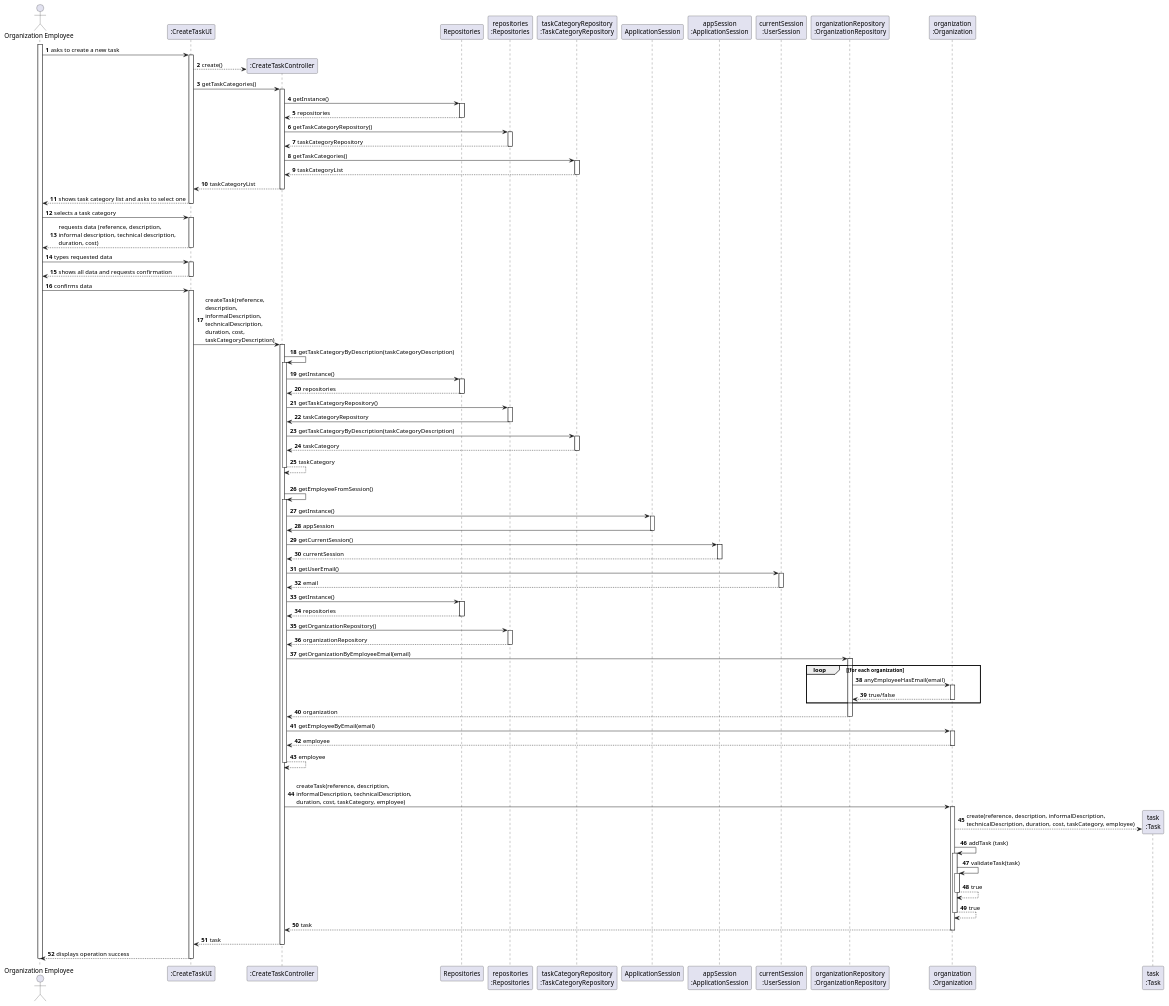
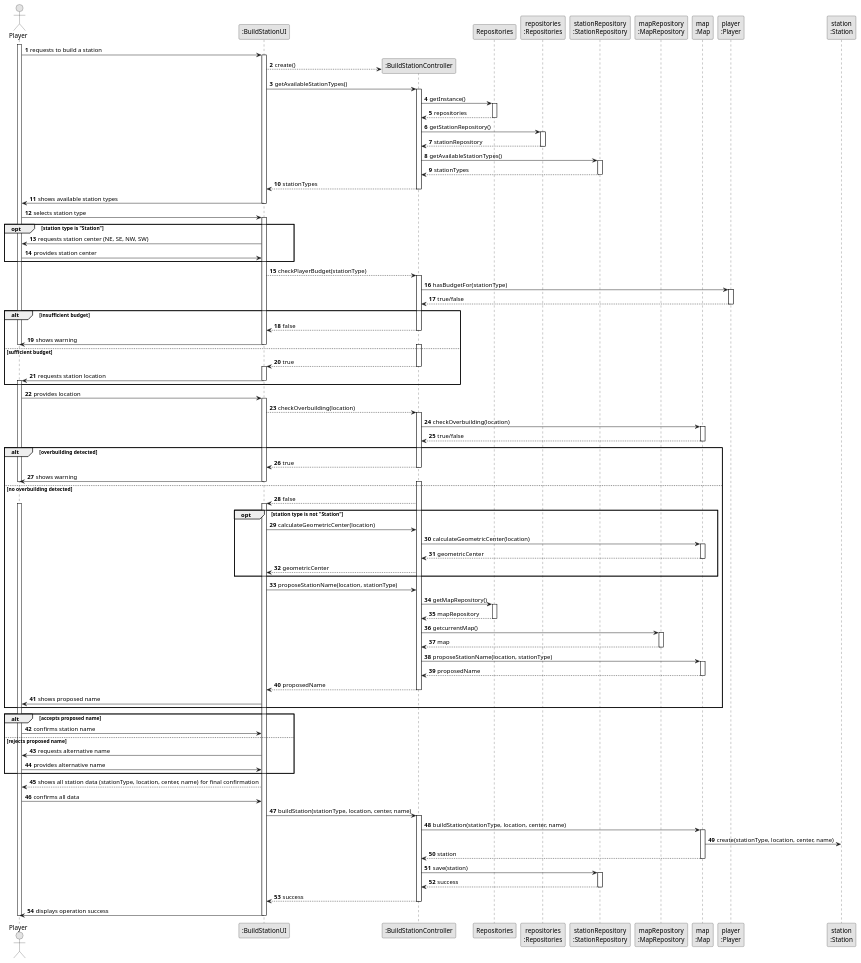
Before and after one commit to Educ00/mdisc-2425: the diagram in docs/system-documentation/sprint 2/US05/03.design/puml/US05-SD-full.puml, drawn with PlantUML. The commit also changed 8 other files, not shown here.

Commit message:
First version of US05 Design after long work. Tomorrow still a lot of revisions to be done, specially to the system flow on the overbuild and the other verifications.

```diff
--- a/docs/system-documentation/sprint 2/US05/03.design/puml/US05-SD-full.puml
+++ b/docs/system-documentation/sprint 2/US05/03.design/puml/US05-SD-full.puml
@@ -1,157 +1,179 @@
 @startuml
-'skinparam monochrome true
+skinparam monochrome true
 skinparam packageStyle rectangle
 skinparam shadowing false
 
 autonumber
 
-'hide footbox
-actor "Organization Employee" as ORG_EMPLOYEE
-participant ":CreateTaskUI" as UI
-participant ":CreateTaskController" as CTRL
+actor "Player" as PLAYER_ACTOR
+participant ":BuildStationUI" as UI
+participant ":BuildStationController" as CTRL
 participant "Repositories" as REPOS
 participant "repositories\n:Repositories" as REPOS_SINGLETON
-participant "taskCategoryRepository\n:TaskCategoryRepository" as TASK_CAT_REPO
-participant "ApplicationSession" as APP_SESSION
-participant "appSession\n:ApplicationSession" as APP_SESSION_SINGLETON
-participant "currentSession\n:UserSession" as CURRENT_SESSION
-participant "organizationRepository\n:OrganizationRepository" as ORG_REPO
-participant "organization\n:Organization" as ORG
-participant "task\n:Task" as TASK
+participant "stationRepository\n:StationRepository" as STATION_REPO
+participant "mapRepository\n:MapRepository" as MAP_REPO
+participant "map\n:Map" as MAP
+participant "player\n:Player" as PLAYER
+participant "station\n:Station" as STATION
 
-activate ORG_EMPLOYEE
+activate PLAYER_ACTOR
 
-        ORG_EMPLOYEE -> UI : asks to create a new task
-        activate UI
-            UI --> CTRL** : create()
+PLAYER_ACTOR -> UI : requests to build a station
+activate UI
 
-            UI -> CTRL : getTaskCategories()
-            activate CTRL
-                CTRL -> REPOS : getInstance()
-                activate REPOS
-                    REPOS --> CTRL: repositories
-                deactivate REPOS
+UI --> CTRL ** : create()
 
-                CTRL -> REPOS_SINGLETON : getTaskCategoryRepository()
-                activate REPOS_SINGLETON
-                    REPOS_SINGLETON --> CTRL: taskCategoryRepository
-                deactivate REPOS_SINGLETON
+UI -> CTRL : getAvailableStationTypes()
 
-                CTRL -> TASK_CAT_REPO : getTaskCategories()
-                activate TASK_CAT_REPO
-                    TASK_CAT_REPO --> CTRL : taskCategoryList
-                deactivate TASK_CAT_REPO
+activate CTRL
+CTRL -> REPOS : getInstance()
+activate REPOS
+REPOS --> CTRL : repositories
+deactivate REPOS
 
-                CTRL --> UI : taskCategoryList
-            deactivate CTRL
+CTRL -> REPOS_SINGLETON : getStationRepository()
+activate REPOS_SINGLETON
+REPOS_SINGLETON --> CTRL : stationRepository
+deactivate REPOS_SINGLETON
 
-            UI --> ORG_EMPLOYEE : shows task category list and asks to select one
-        deactivate UI
+CTRL -> STATION_REPO : getAvailableStationTypes()
+activate STATION_REPO
+STATION_REPO --> CTRL : stationTypes
+deactivate STATION_REPO
 
-    ORG_EMPLOYEE -> UI : selects a task category
+CTRL --> UI : stationTypes
+deactivate CTRL
+
+UI -> PLAYER_ACTOR : shows available station types
+deactivate UI
+
+PLAYER_ACTOR -> UI : selects station type
+activate UI
+
+
+opt station type is "Station"
+    UI -> PLAYER_ACTOR : requests station center (NE, SE, NW, SW)
+    PLAYER_ACTOR -> UI : provides station center
+end
+
+UI --> CTRL : checkPlayerBudget(stationType)
+activate CTRL
+
+CTRL -> PLAYER : hasBudgetFor(stationType)
+activate PLAYER
+
+PLAYER --> CTRL : true/false
+deactivate PLAYER
+
+alt insufficient budget
+    CTRL --> UI : false
+    deactivate CTRL
+    UI -> PLAYER_ACTOR : shows warning
+    deactivate UI
+    deactivate PLAYER_ACTOR
+    else sufficient budget
+    activate CTRL
+
+    CTRL --> UI : true
+    deactivate CTRL
     activate UI
-        UI --> ORG_EMPLOYEE : requests data (reference, description, \ninformal description, technical description,\nduration, cost)
+    UI -> PLAYER_ACTOR : requests station location
     deactivate UI
+    activate PLAYER_ACTOR
+end
 
-    ORG_EMPLOYEE -> UI : types requested data
+PLAYER_ACTOR -> UI : provides location
+activate UI
+
+
+UI --> CTRL : checkOverbuilding(location)
+activate CTRL
+
+CTRL -> MAP : checkOverbuilding(location)
+activate MAP
+
+MAP --> CTRL : true/false
+deactivate MAP
+
+alt overbuilding detected
+    CTRL --> UI : true
+    deactivate CTRL
+    UI -> PLAYER_ACTOR : shows warning
+    deactivate UI
+    deactivate PLAYER_ACTOR
+
+else no overbuilding detected
+    activate CTRL
+
+    CTRL --> UI : false
     activate UI
-        UI --> ORG_EMPLOYEE : shows all data and requests confirmation
-    deactivate UI
+    activate PLAYER_ACTOR
 
-    ORG_EMPLOYEE -> UI : confirms data
-    activate UI
-        UI -> CTRL : createTask(reference,\ndescription,\ninformalDescription,\ntechnicalDescription,\nduration, cost,\ntaskCategoryDescription)
-        activate CTRL
-            CTRL -> CTRL : getTaskCategoryByDescription(taskCategoryDescription)
-            activate CTRL
-                CTRL -> REPOS : getInstance()
-                activate REPOS
-                    REPOS --> CTRL: repositories
-                deactivate REPOS
+opt station type is not "Station"
+    UI -> CTRL : calculateGeometricCenter(location)
+    CTRL -> MAP : calculateGeometricCenter(location)
+    activate MAP
+    MAP --> CTRL : geometricCenter
+    deactivate MAP
+    CTRL --> UI : geometricCenter
+end
 
-                CTRL -> REPOS_SINGLETON : getTaskCategoryRepository()
-                activate REPOS_SINGLETON
-                    REPOS_SINGLETON -> CTRL : taskCategoryRepository
-                deactivate REPOS_SINGLETON
+UI -> CTRL : proposeStationName(location, stationType)
 
-                CTRL -> TASK_CAT_REPO : getTaskCategoryByDescription(taskCategoryDescription)
-                activate TASK_CAT_REPO
-                    TASK_CAT_REPO --> CTRL : taskCategory
-                deactivate TASK_CAT_REPO
-                    CTRL --> CTRL : taskCategory
-            deactivate CTRL
+CTRL -> REPOS : getMapRepository()
+activate REPOS
+REPOS --> CTRL : mapRepository
+deactivate REPOS
 
-            |||
-            CTRL -> CTRL : getEmployeeFromSession()
-            activate CTRL
-                CTRL -> APP_SESSION: getInstance()
-                activate APP_SESSION
-                    APP_SESSION -> CTRL: appSession
-                deactivate APP_SESSION
+CTRL -> MAP_REPO : getcurrentMap()
+activate MAP_REPO
 
-                CTRL -> APP_SESSION_SINGLETON: getCurrentSession()
-                activate APP_SESSION_SINGLETON
-                    APP_SESSION_SINGLETON --> CTRL: currentSession
-                deactivate APP_SESSION_SINGLETON
+MAP_REPO --> CTRL : map
+deactivate MAP_REPO
 
-                CTRL -> CURRENT_SESSION: getUserEmail()
-                activate CURRENT_SESSION
-                    CURRENT_SESSION --> CTRL: email
-                deactivate CURRENT_SESSION
+CTRL -> MAP : proposeStationName(location, stationType)
+activate MAP
 
-                CTRL -> REPOS : getInstance()
-                activate REPOS
-                    REPOS --> CTRL: repositories
-                deactivate REPOS
+MAP --> CTRL : proposedName
+deactivate MAP
 
-                CTRL -> REPOS_SINGLETON: getOrganizationRepository()
-                activate REPOS_SINGLETON
-                    REPOS_SINGLETON --> CTRL: organizationRepository
-                deactivate REPOS_SINGLETON
+CTRL --> UI : proposedName
+deactivate CTRL
 
-                CTRL -> ORG_REPO: getOrganizationByEmployeeEmail(email)
-                activate ORG_REPO
+UI -> PLAYER_ACTOR : shows proposed name
 
-                    loop [for each organization
-                        ORG_REPO -> ORG : anyEmployeeHasEmail(email)
-                        activate ORG
-                             ORG --> ORG_REPO : true/false
-                        deactivate ORG
-                    end
-                    ORG_REPO --> CTRL : organization
-                deactivate ORG_REPO
+end
 
-                CTRL -> ORG: getEmployeeByEmail(email)
-                activate ORG
-                    ORG --> CTRL : employee
-                deactivate ORG
+alt accepts proposed name
+    PLAYER_ACTOR -> UI : confirms station name
+else rejects proposed name
+    UI -> PLAYER_ACTOR : requests alternative name
+    PLAYER_ACTOR -> UI : provides alternative name
+end
 
-                CTRL --> CTRL : employee
-            deactivate CTRL
+UI --> PLAYER_ACTOR : shows all station data (stationType, location, center, name) for final confirmation
+PLAYER_ACTOR -> UI : confirms all data
 
-            |||
-            CTRL -> ORG: createTask(reference, description,\ninformalDescription, technicalDescription,\nduration, cost, taskCategory, employee)
-            activate ORG
-                ORG --> TASK**: create(reference, description, informalDescription, \ntechnicalDescription, duration, cost, taskCategory, employee)
+UI -> CTRL : buildStation(stationType, location, center, name)
+activate CTRL
 
-                ORG -> ORG: addTask (task)
-                activate ORG
-                    ORG -> ORG: validateTask(task)
-                    activate ORG
-                        ORG --> ORG : true
-                    deactivate ORG
+CTRL -> MAP : buildStation(stationType, location, center, name)
+activate MAP
 
-                    ORG --> ORG : true
-                deactivate ORG
+MAP -> STATION : create(stationType, location, center, name)
+MAP --> CTRL : station
+deactivate MAP
 
-                ORG --> CTRL : task
-            deactivate ORG
+CTRL -> STATION_REPO : save(station)
+activate STATION_REPO
+STATION_REPO --> CTRL : success
+deactivate STATION_REPO
 
-            CTRL --> UI: task
-            deactivate CTRL
-            UI --> ORG_EMPLOYEE: displays operation success
-    deactivate UI
+CTRL --> UI : success
+deactivate CTRL
 
-deactivate ORG_EMPLOYEE
+UI -> PLAYER_ACTOR : displays operation success
+deactivate UI
 
+deactivate PLAYER_ACTOR
 @enduml
```
